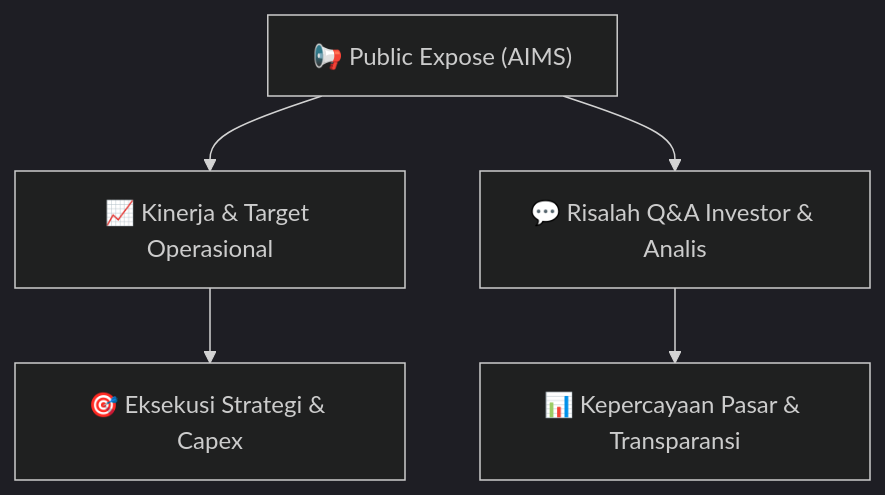
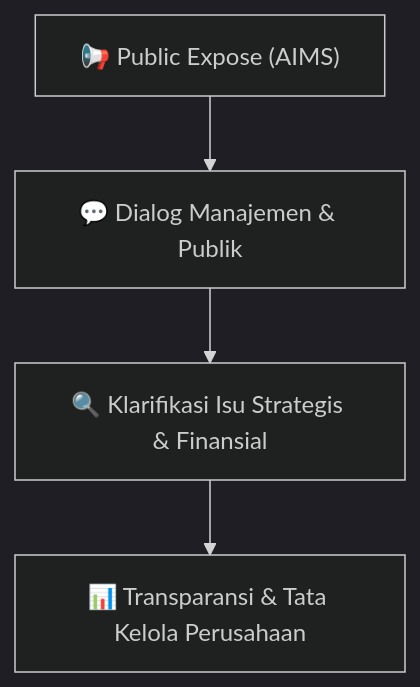
One commit to anYoneo/alphadigest-idx changed the diagram in Finplan_analyst/knowledge-base/public-exposes/hasil-pubex/AIMS_Public_Expose_20260921.md. Above: the diagram before and after it, drawn with Mermaid (dark theme). The commit also changed other lines of this file and 526 other files, not shown here.

````diff
--- a/Finplan_analyst/knowledge-base/public-exposes/hasil-pubex/AIMS_Public_Expose_20260921.md
+++ b/Finplan_analyst/knowledge-base/public-exposes/hasil-pubex/AIMS_Public_Expose_20260921.md
@@ -15,7 +219,6 @@
 ```mermaid
 flowchart TD
-    A["📢 Public Expose (AIMS)"] --> B["📈 Kinerja & Target Operasional"]
-    A --> C["💬 Risalah Q&A Investor & Analis"]
-    B --> D["🎯 Eksekusi Strategi & Capex"]
-    C --> E["📊 Kepercayaan Pasar & Transparansi"]
+    A["📢 Public Expose (AIMS)"] --> B["💬 Dialog Manajemen & Publik"]
+    B --> C["🔍 Klarifikasi Isu Strategis & Finansial"]
+    C --> D["📊 Transparansi & Tata Kelola Perusahaan"]
 ```
````
